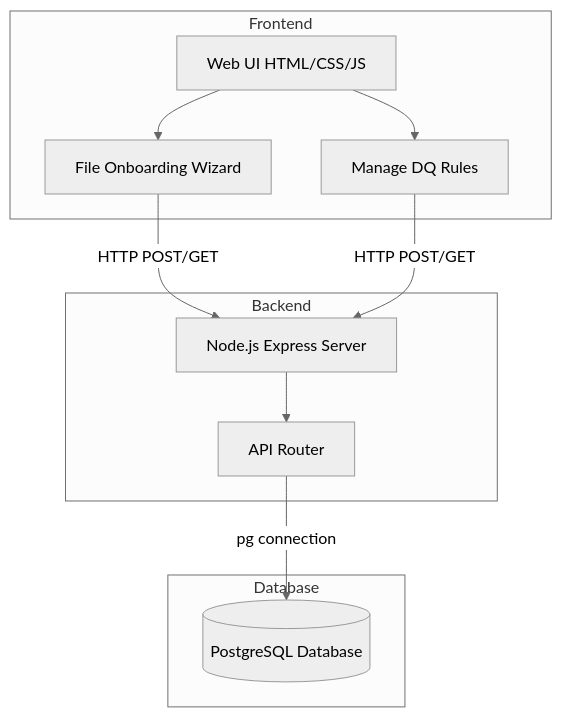
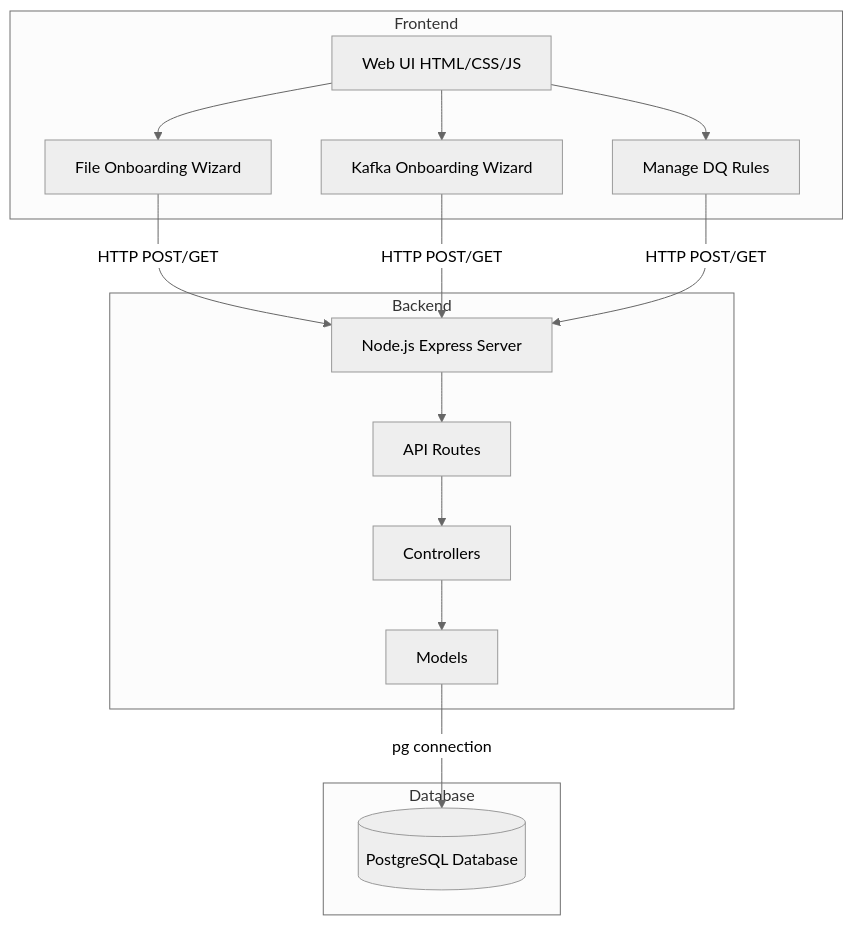
One commit to RawatShreyansh/onboarding_form changed the first of 4 diagrams in README.md. Above: the diagram before and after it, drawn with Mermaid (neutral theme). The commit also changed other lines of this file, not shown here.

Commit message:
Modifying ReadMe file with kafka details

````diff
--- a/README.md
+++ b/README.md
@@ -24,24 +25,31 @@
 ```mermaid
 graph TD
     subgraph Frontend
         UI[Web UI HTML/CSS/JS]
         FileOnboarding[File Onboarding Wizard]
+        KafkaOnboarding[Kafka Onboarding Wizard]
         DQManage[Manage DQ Rules]
         UI --> FileOnboarding
+        UI --> KafkaOnboarding
         UI --> DQManage
     end
 
     subgraph Backend
         API[Node.js Express Server]
-        Router[API Router]
-        API --> Router
+        Routes[API Routes]
+        Controllers[Controllers]
+        Models[Models]
+        API --> Routes
+        Routes --> Controllers
+        Controllers --> Models
     end
 
     subgraph Database
         PG[(PostgreSQL Database)]
     end
 
     FileOnboarding -- HTTP POST/GET --> API
+    KafkaOnboarding -- HTTP POST/GET --> API
     DQManage -- HTTP POST/GET --> API
-    Router -- pg connection --> PG
+    Models -- pg connection --> PG
 ```
````
